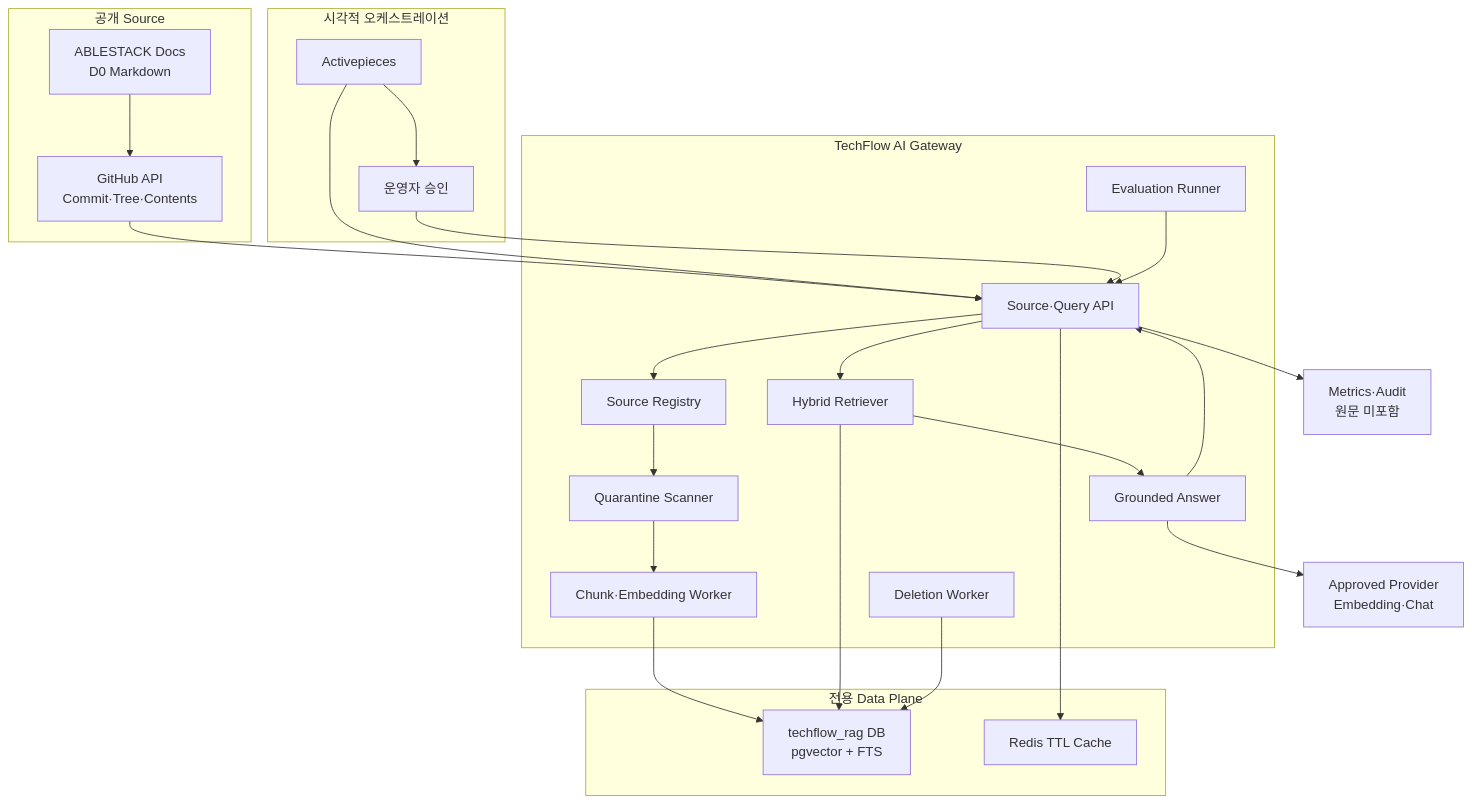
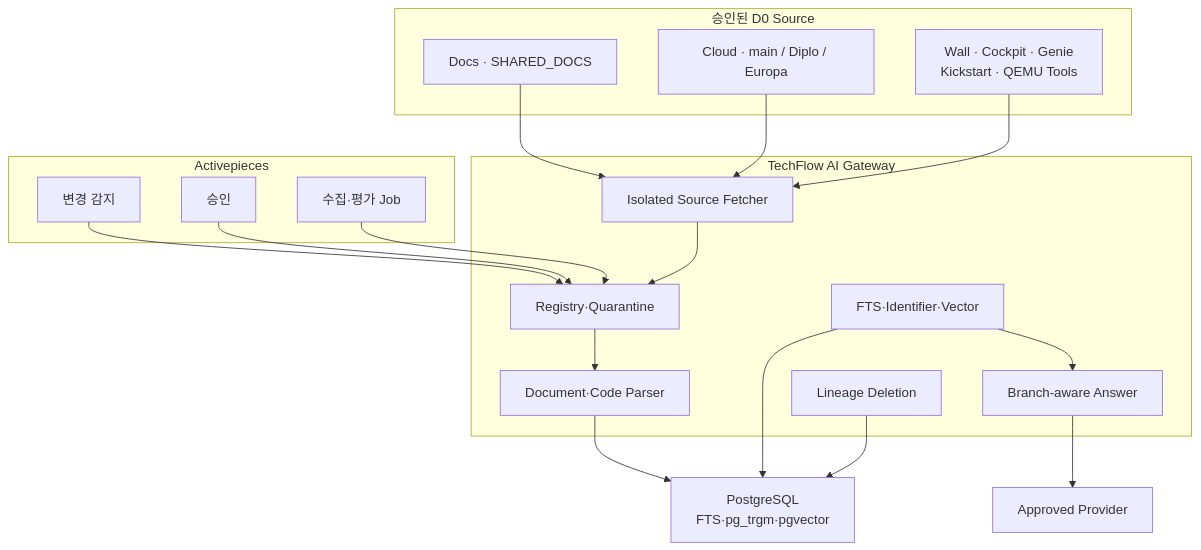
One commit to ablecloud-team/ablestack-techflow changed the diagram in docs/plans/issue-20-rag-poc-design.md. Above: the diagram before and after it, drawn with Mermaid. The commit also changed other lines of this file and 13 other files, not shown here.

Commit message:
Issue #20 ABLESTACK 소스코드 RAG 범위 확장

````diff
--- a/docs/plans/issue-20-rag-poc-design.md
+++ b/docs/plans/issue-20-rag-poc-design.md
@@ -66,43 +77,33 @@
 ```mermaid
 flowchart TB
-    subgraph EXT["공개 Source"]
-        DOCS["ABLESTACK Docs\nD0 Markdown"]
-        GIT["GitHub API\nCommit·Tree·Contents"]
+    subgraph SRC["승인된 D0 Source"]
+        DOCS["Docs · SHARED_DOCS"]
+        CLOUD["Cloud · main / Diplo / Europa"]
+        COMPONENTS["Wall · Cockpit · Genie\nKickstart · QEMU Tools"]
     end
-
-    subgraph ORCH["시각적 오케스트레이션"]
-        AP["Activepieces"]
-        APPROVAL["운영자 승인"]
+    subgraph ORCH["Activepieces"]
+        CHANGE["변경 감지"]
+        APPROVE["승인"]
+        JOB["수집·평가 Job"]
     end
-
-    subgraph CORE["TechFlow AI Gateway"]
-        API["Source·Query API"]
-        REG["Source Registry"]
-        QUAR["Quarantine Scanner"]
-        ING["Chunk·Embedding Worker"]
-        RET["Hybrid Retriever"]
-        GEN["Grounded Answer"]
-        DEL["Deletion Worker"]
-        EVAL["Evaluation Runner"]
+    subgraph RAG["TechFlow AI Gateway"]
+        FETCH["Isolated Source Fetcher"]
+        REG["Registry·Quarantine"]
+        PARSE["Document·Code Parser"]
+        RET["FTS·Identifier·Vector"]
+        ANSWER["Branch-aware Answer"]
+        DELETE["Lineage Deletion"]
     end
-
-    subgraph DATA["전용 Data Plane"]
-        PG["techflow_rag DB\npgvector + FTS"]
-        CACHE["Redis TTL Cache"]
-    end
-
-    PROVIDER["Approved Provider\nEmbedding·Chat"]
-    OBS["Metrics·Audit\n원문 미포함"]
-
-    DOCS --> GIT --> API
-    AP --> API
-    AP --> APPROVAL --> API
-    API --> REG --> QUAR --> ING --> PG
-    API --> RET --> PG
-    RET --> GEN --> PROVIDER
-    GEN --> API
-    DEL --> PG
-    EVAL --> API
-    API --> CACHE
-    API --> OBS
+    PG["PostgreSQL\nFTS·pg_trgm·pgvector"]
+    LLM["Approved Provider"]
+    DOCS --> FETCH
+    CLOUD --> FETCH
+    COMPONENTS --> FETCH
+    CHANGE --> REG
+    APPROVE --> REG
+    JOB --> REG
+    FETCH --> REG --> PARSE --> PG
+    RET --> PG
+    RET --> ANSWER --> LLM
+    DELETE --> PG
 ```
````
